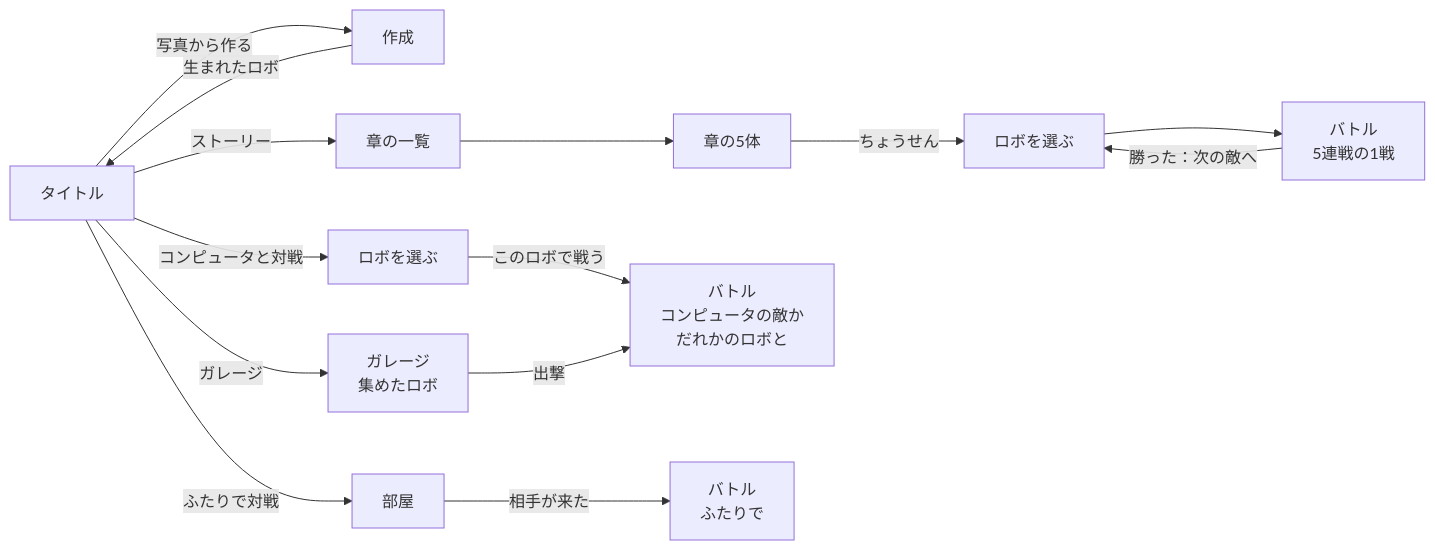
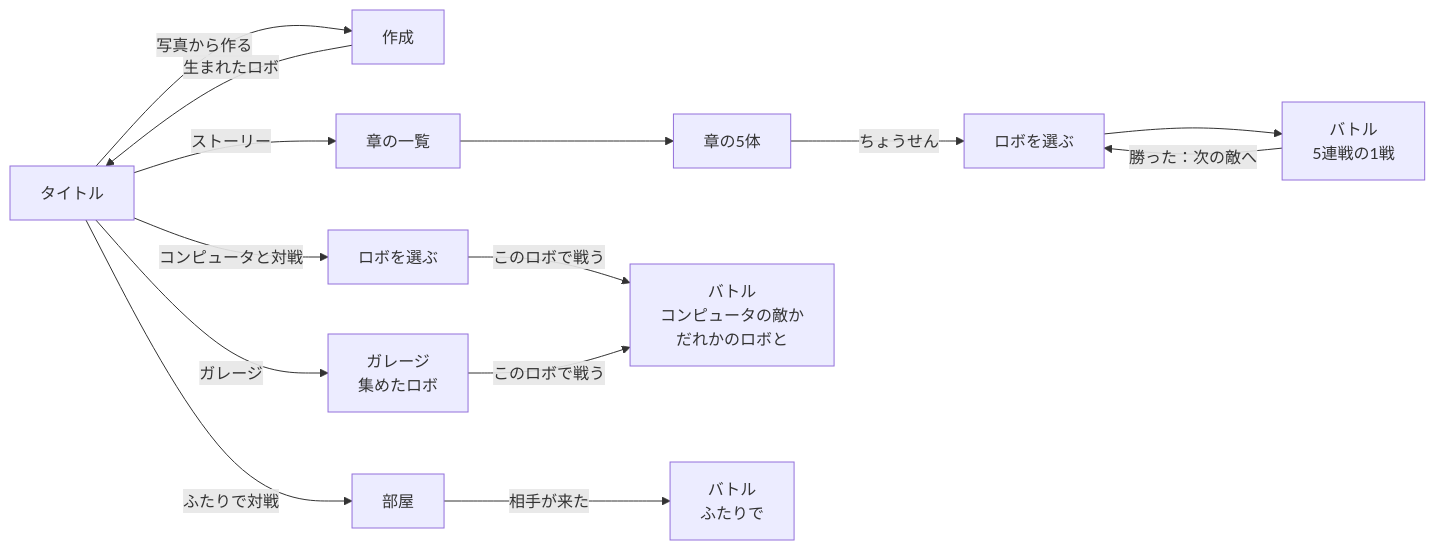
Before and after one commit to ucsd67001/Pixel_Battler: the first of 2 diagrams in docs/DESIGN.md, drawn with Mermaid. The commit also changed other lines of this file and 32 other files, not shown here.

````diff
--- a/docs/DESIGN.md
+++ b/docs/DESIGN.md
@@ -43,16 +43,16 @@
 ```mermaid
 flowchart LR
   T[タイトル] -->|写真から作る| C[作成]
   C -->|生まれたロボ| T
   T -->|ストーリー| SM[章の一覧]
   SM --> CV[章の5体]
   CV -->|ちょうせん| SP[ロボを選ぶ]
   SP --> SB[バトル<br>5連戦の1戦]
   SB -->|勝った：次の敵へ| SP
   T -->|コンピュータと対戦| PK[ロボを選ぶ]
   PK -->|このロボで戦う| B[バトル<br>コンピュータの敵か<br>だれかのロボと]
   T -->|ガレージ| H[ガレージ<br>集めたロボ]
-  H -->|出撃| B
+  H -->|このロボで戦う| B
   T -->|ふたりで対戦| R[部屋]
   R -->|相手が来た| NB[バトル<br>ふたりで]
 ```
````
